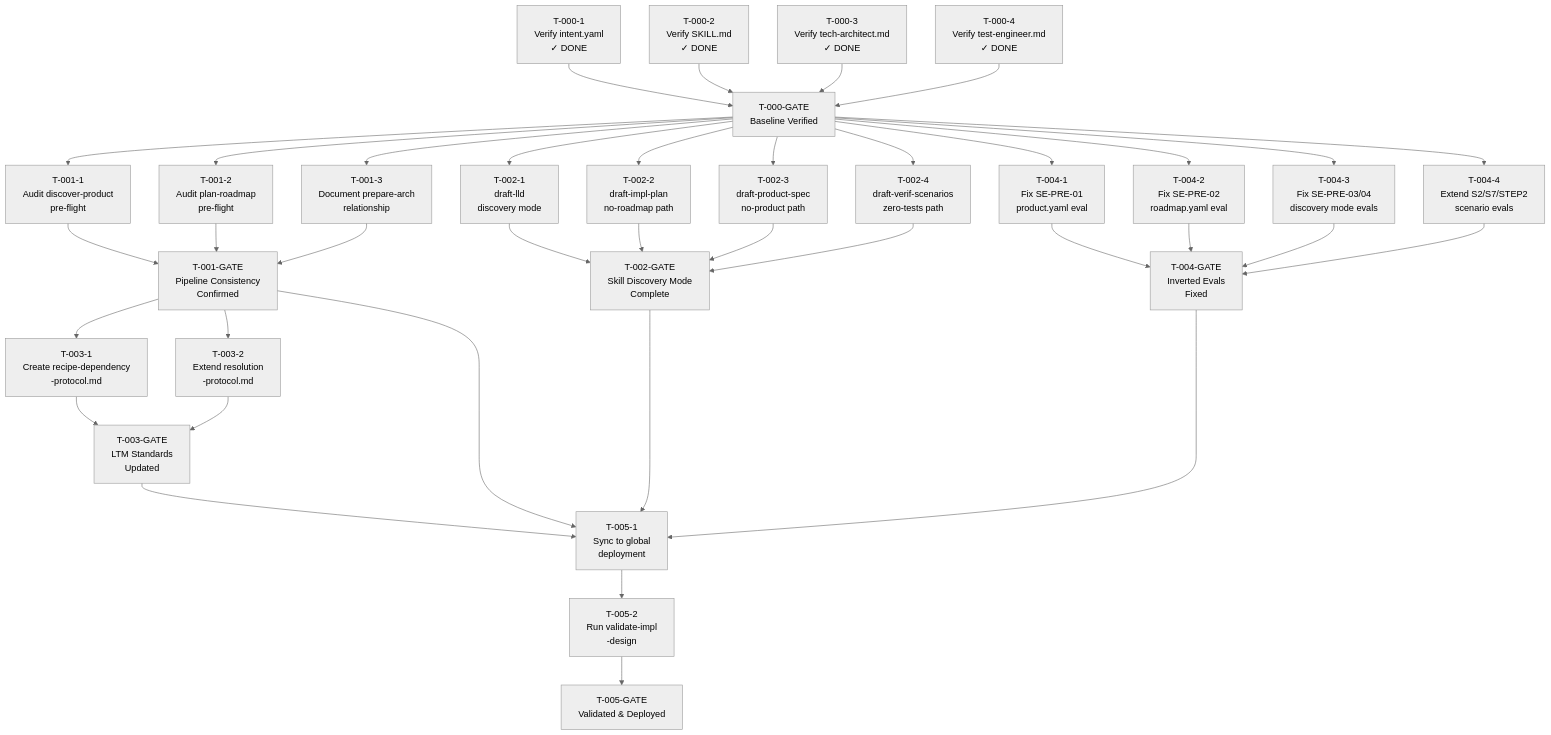
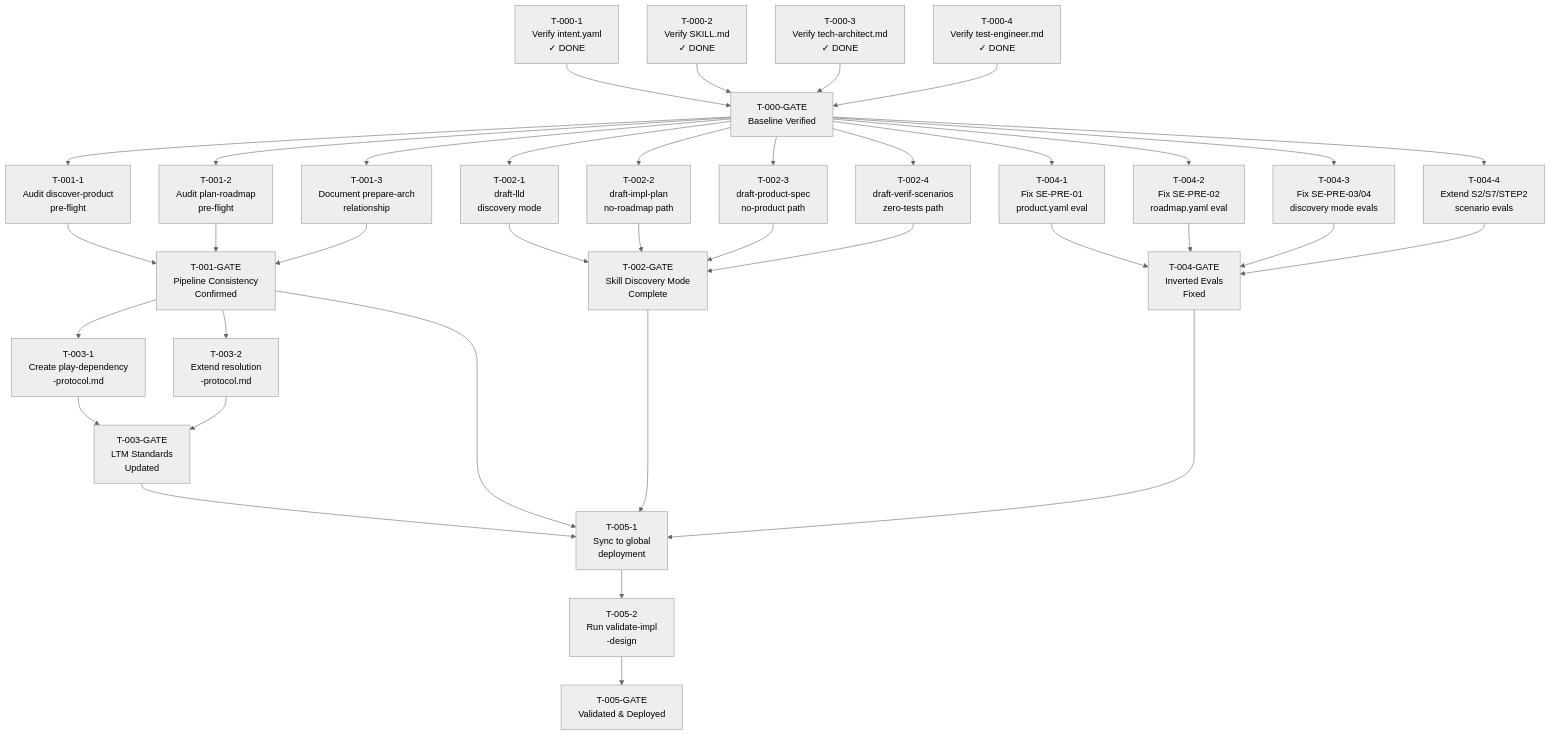
Before and after one commit to kapilvirenahuja/garura: the diagram in .meridian/project/issues/183/simulation/prepare-implementation/plan.md, drawn with Mermaid (neutral theme). The commit also changed other lines of this file and 575 other files, not shown here.

First line of the commit message:
chore(stm): rename create-recipe evidence dirs to create-play, update STM content (#212)

````diff
--- a/.meridian/project/issues/183/simulation/prepare-implementation/plan.md
+++ b/.meridian/project/issues/183/simulation/prepare-implementation/plan.md
@@ -57,75 +57,75 @@
 ```mermaid
 flowchart TD
     T000_1["T-000-1\nVerify intent.yaml\n✓ DONE"]
     T000_2["T-000-2\nVerify SKILL.md\n✓ DONE"]
     T000_3["T-000-3\nVerify tech-architect.md\n✓ DONE"]
     T000_4["T-000-4\nVerify test-engineer.md\n✓ DONE"]
     T000_GATE["T-000-GATE\nBaseline Verified"]
 
     T001_1["T-001-1\nAudit discover-product\npre-flight"]
     T001_2["T-001-2\nAudit plan-roadmap\npre-flight"]
     T001_3["T-001-3\nDocument prepare-arch\nrelationship"]
     T001_GATE["T-001-GATE\nPipeline Consistency\nConfirmed"]
 
     T002_1["T-002-1\ndraft-lld\ndiscovery mode"]
     T002_2["T-002-2\ndraft-impl-plan\nno-roadmap path"]
     T002_3["T-002-3\ndraft-product-spec\nno-product path"]
     T002_4["T-002-4\ndraft-verif-scenarios\nzero-tests path"]
     T002_GATE["T-002-GATE\nSkill Discovery Mode\nComplete"]
 
-    T003_1["T-003-1\nCreate recipe-dependency\n-protocol.md"]
+    T003_1["T-003-1\nCreate play-dependency\n-protocol.md"]
     T003_2["T-003-2\nExtend resolution\n-protocol.md"]
     T003_GATE["T-003-GATE\nLTM Standards\nUpdated"]
 
     T004_1["T-004-1\nFix SE-PRE-01\nproduct.yaml eval"]
     T004_2["T-004-2\nFix SE-PRE-02\nroadmap.yaml eval"]
     T004_3["T-004-3\nFix SE-PRE-03/04\ndiscovery mode evals"]
     T004_4["T-004-4\nExtend S2/S7/STEP2\nscenario evals"]
     T004_GATE["T-004-GATE\nInverted Evals\nFixed"]
 
     T005_1["T-005-1\nSync to global\ndeployment"]
     T005_2["T-005-2\nRun validate-impl\n-design"]
     T005_GATE["T-005-GATE\nValidated & Deployed"]
 
     T000_1 --> T000_GATE
     T000_2 --> T000_GATE
     T000_3 --> T000_GATE
     T000_4 --> T000_GATE
 
     T000_GATE --> T001_1
     T000_GATE --> T001_2
     T000_GATE --> T001_3
     T001_1 --> T001_GATE
     T001_2 --> T001_GATE
     T001_3 --> T001_GATE
 
     T000_GATE --> T002_1
     T000_GATE --> T002_2
     T000_GATE --> T002_3
     T000_GATE --> T002_4
     T002_1 --> T002_GATE
     T002_2 --> T002_GATE
     T002_3 --> T002_GATE
     T002_4 --> T002_GATE
 
     T001_GATE --> T003_1
     T001_GATE --> T003_2
     T003_1 --> T003_GATE
     T003_2 --> T003_GATE
 
     T000_GATE --> T004_1
     T000_GATE --> T004_2
     T000_GATE --> T004_3
     T000_GATE --> T004_4
     T004_1 --> T004_GATE
     T004_2 --> T004_GATE
     T004_3 --> T004_GATE
     T004_4 --> T004_GATE
 
     T001_GATE --> T005_1
     T002_GATE --> T005_1
     T003_GATE --> T005_1
     T004_GATE --> T005_1
     T005_1 --> T005_2
     T005_2 --> T005_GATE
 ```
````
